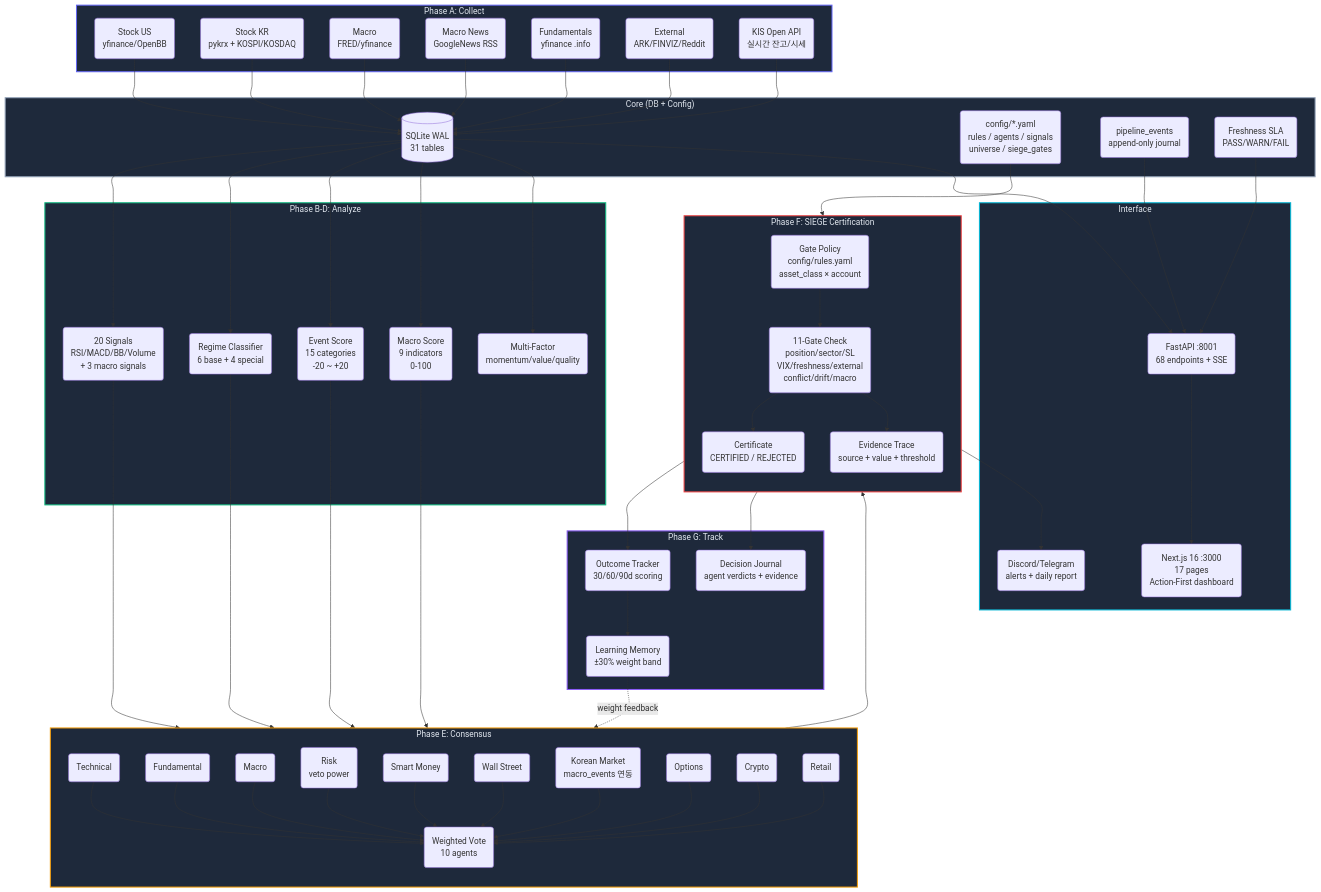
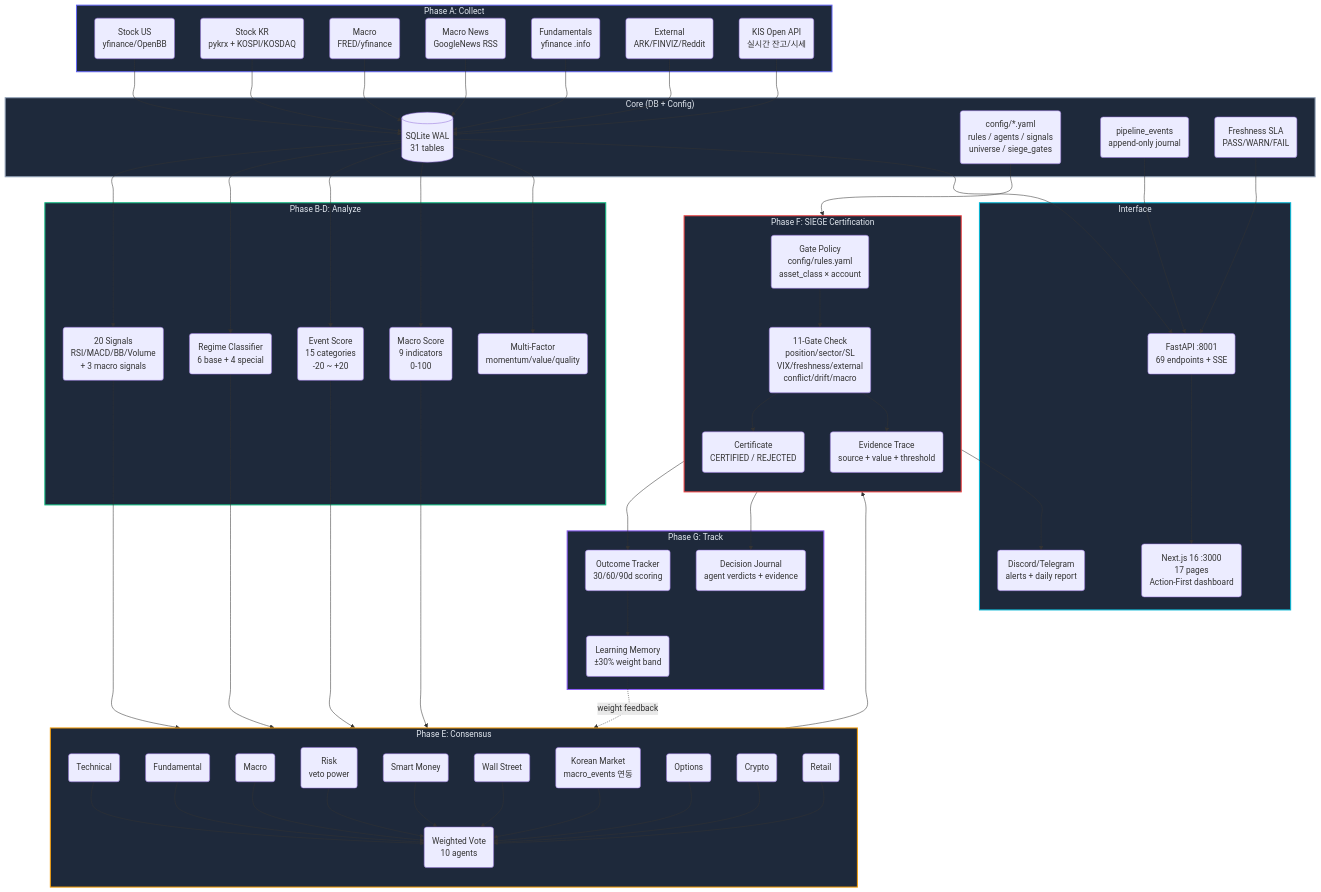
One commit to researcherhojin/nuri-quant changed the diagram in README.md. Above: the diagram before and after it, drawn with Mermaid. The commit also changed other lines of this file and 4 other files, not shown here.

```diff
--- a/README.md
+++ b/README.md
@@ -75,7 +75,7 @@
   end
 
   subgraph Serve["Interface"]
-    API("FastAPI :8001\n68 endpoints + SSE")
+    API("FastAPI :8001\n69 endpoints + SSE")
     Dashboard("Next.js 16 :3000\n17 pages\nAction-First dashboard")
     Discord("Discord/Telegram\nalerts + daily report")
   end
```
